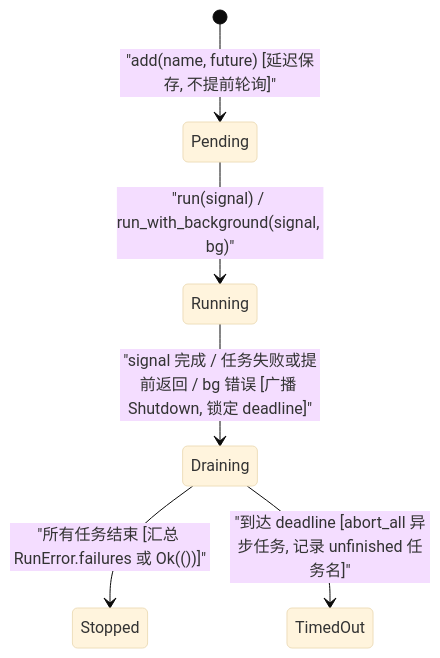
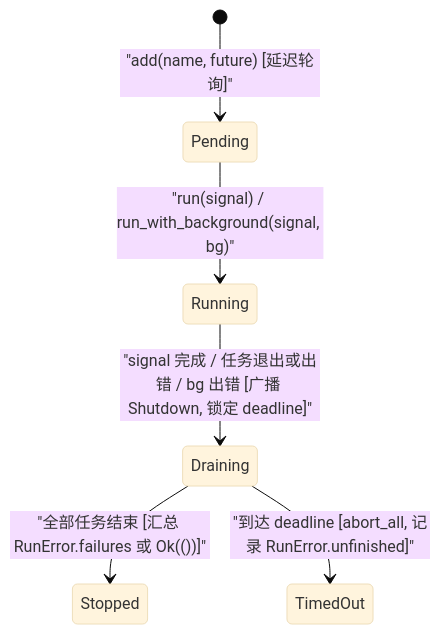
One commit to Everfold/Beamlet changed the first of 2 diagrams in spec/06-host-and-rust.md. Above: the diagram before and after it, drawn with Mermaid (base theme). The commit also changed other lines of this file and 8 other files, not shown here.

````diff
--- a/spec/06-host-and-rust.md
+++ b/spec/06-host-and-rust.md
@@ -11,8 +11,8 @@
 ```mermaid
 stateDiagram-v2
-    [*] --> Pending: "add(name, future) [延迟保存, 不提前轮询]"
+    [*] --> Pending: "add(name, future) [延迟轮询]"
     Pending --> Running: "run(signal) / run_with_background(signal, bg)"
-    Running --> Draining: "signal 完成 / 任务失败或提前返回 / bg 错误 [广播 Shutdown, 锁定 deadline]"
-    Draining --> Stopped: "所有任务结束 [汇总 RunError.failures 或 Ok(())]"
-    Draining --> TimedOut: "到达 deadline [abort_all 异步任务, 记录 unfinished 任务名]"
+    Running --> Draining: "signal 完成 / 任务退出或出错 / bg 出错 [广播 Shutdown, 锁定 deadline]"
+    Draining --> Stopped: "全部任务结束 [汇总 RunError.failures 或 Ok(())]"
+    Draining --> TimedOut: "到达 deadline [abort_all, 记录 RunError.unfinished]"
 ```
````
